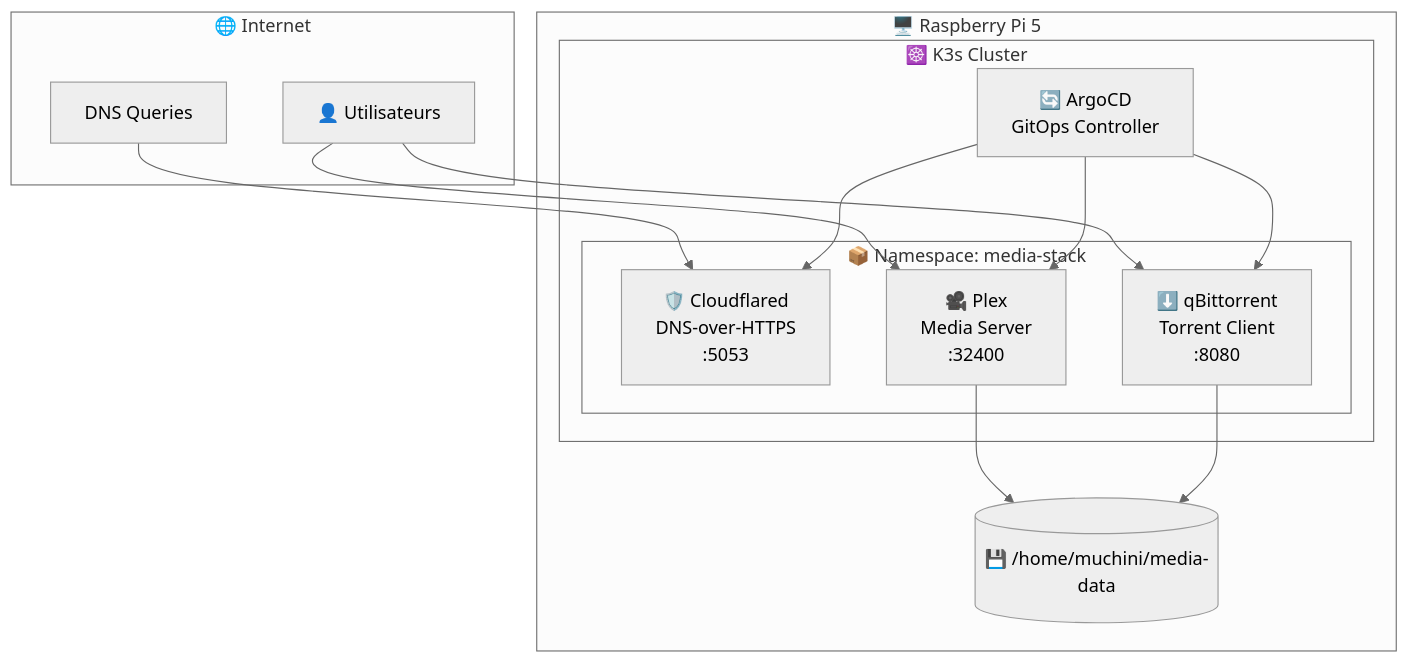
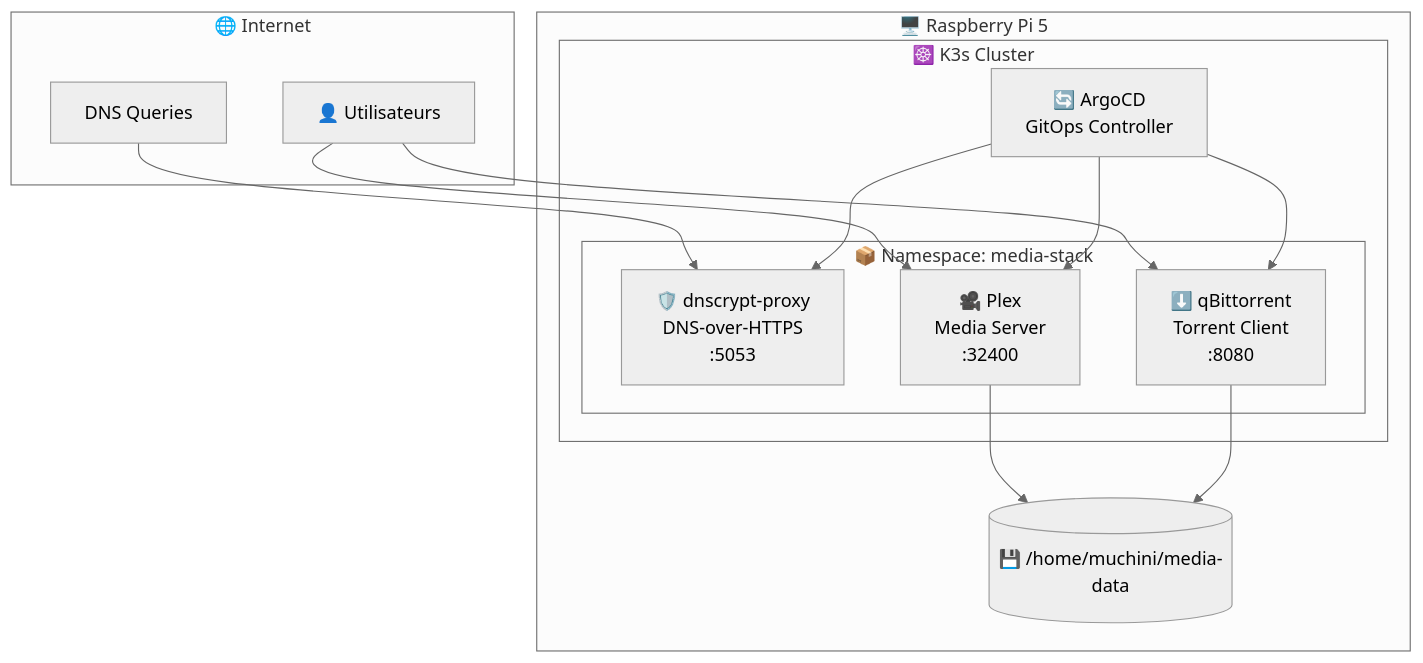
One commit to muchiny/media-stack-k8s changed the first of 3 diagrams in README.md. Above: the diagram before and after it, drawn with Mermaid (neutral theme). The commit also changed other lines of this file and 17 other files, not shown here.

First line of the commit message:
chore: Complete cloudflared to dnscrypt-proxy migration

````diff
--- a/README.md
+++ b/README.md
@@ -7,30 +7,30 @@
 ```mermaid
 graph TB
     subgraph "🌐 Internet"
         DNS[DNS Queries]
         Users[👤 Utilisateurs]
     end
 
     subgraph "🖥️ Raspberry Pi 5"
         subgraph "☸️ K3s Cluster"
             ArgoCD[🔄 ArgoCD<br/>GitOps Controller]
 
             subgraph "📦 Namespace: media-stack"
-                CF[🛡️ Cloudflared<br/>DNS-over-HTTPS<br/>:5053]
+                CF[🛡️ dnscrypt-proxy<br/>DNS-over-HTTPS<br/>:5053]
                 Plex[🎥 Plex<br/>Media Server<br/>:32400]
                 QB[⬇️ qBittorrent<br/>Torrent Client<br/>:8080]
             end
         end
 
         Storage[(💾 /home/muchini/media-data)]
     end
 
     DNS --> CF
     Users --> Plex
     Users --> QB
     ArgoCD --> CF
     ArgoCD --> Plex
     ArgoCD --> QB
     Plex --> Storage
     QB --> Storage
 ```
````
